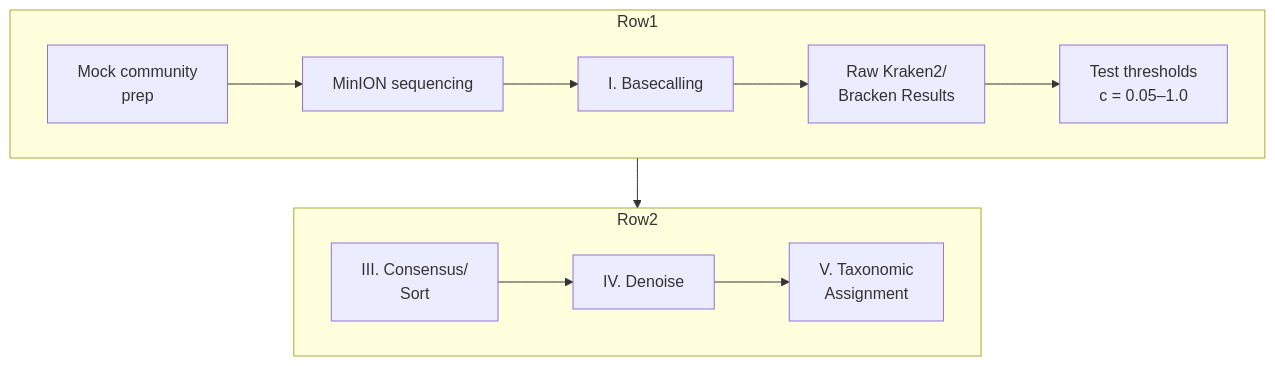
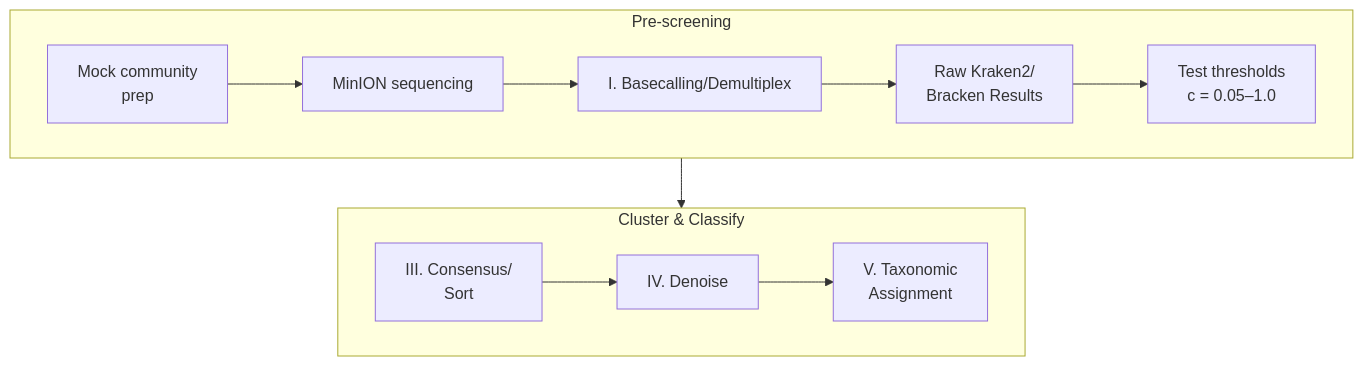
The diagram in README.md (piedna/DeCodeDNA), drawn with Mermaid before and after one commit.

Commit message:
Simplify flowchart with short labels and color coding

````diff
--- a/README.md
+++ b/README.md
@@ -38,25 +38,25 @@
 ```mermaid
 flowchart TB
   %% Top row: Wet lab → Basecalling → Quick Look
-  subgraph Row1
+  subgraph Pre-screening
     direction LR
     A["Mock community<br>prep"] 
     B["MinION sequencing"]
-    C["I. Basecalling"]
+    C["I. Basecalling/Demultiplex"]
     D["Raw Kraken2/<br>Bracken Results"]
     E["Test thresholds<br>c = 0.05–1.0"]
     A --> B --> C --> D --> E
   end
 
   %% Bottom row: Consensus → Denoise → Taxonomy
-  subgraph Row2
+  subgraph Cluster & Classify
     direction LR
     F["III. Consensus/<br>Sort"]
     G["IV. Denoise"]
     H["V. Taxonomic<br>Assignment"]
     F --> G --> H
   end
 
   %% Connect the two rows
   E --> F
 ```
````
